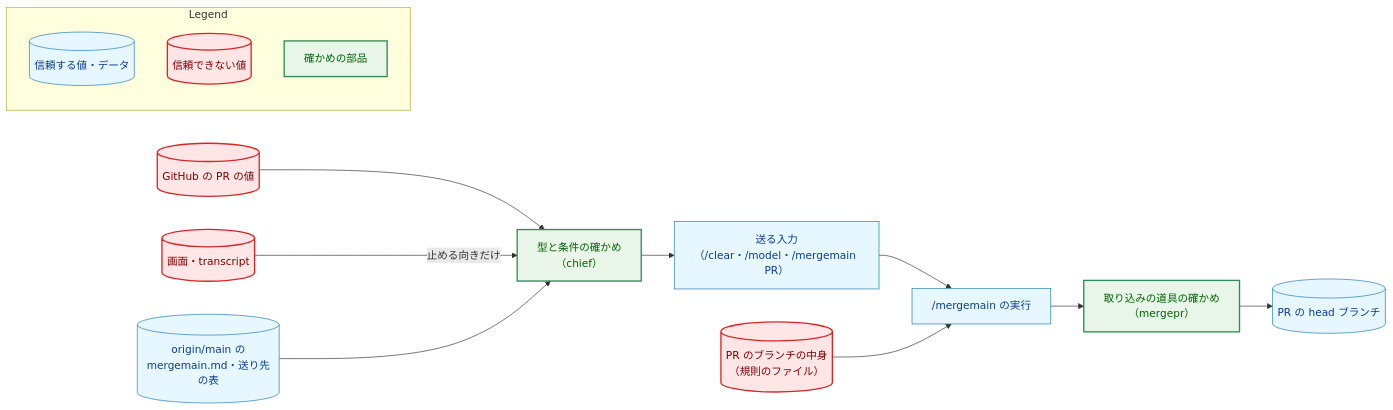
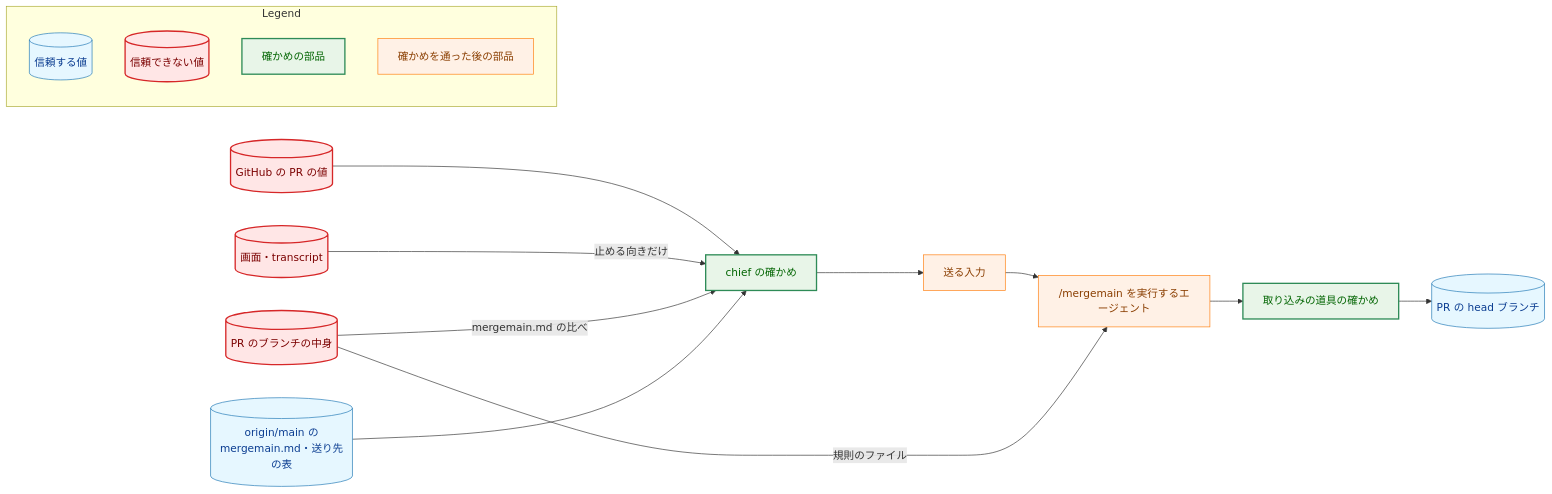
One commit to isseis/yt2column changed the fourth of 6 diagrams in docs/tasks/0115_chief_conflict_resolution/02_architecture.md. Above: the diagram before and after it, drawn with Mermaid. The commit also changed other lines of this file and 3 other files, not shown here.

First line of the commit message:
docs(0115): address the architecture review and prose pass

````diff
--- a/docs/tasks/0115_chief_conflict_resolution/02_architecture.md
+++ b/docs/tasks/0115_chief_conflict_resolution/02_architecture.md
@@ -702,40 +860,43 @@
 ```mermaid
 flowchart LR
     classDef data fill:#e6f7ff,stroke:#1f77b4,stroke-width:1px,color:#0b3d91;
     classDef problem fill:#ffe6e6,stroke:#d62728,stroke-width:2px,color:#7b0000;
     classDef enhanced fill:#e8f5e8,stroke:#2e8b57,stroke-width:2px,color:#006400;
+    classDef process fill:#fff1e6,stroke:#ff7f0e,stroke-width:1px,color:#8a3e00;
 
     GHV[("GitHub の PR の値")]
     SCR[("画面・transcript")]
-    BR[("PR のブランチの中身<br>（規則のファイル）")]
+    BR[("PR のブランチの中身")]
     MAIN[("origin/main の<br>mergemain.md・送り先の表")]
-    CHK["型と条件の確かめ<br>（chief）"]
-    IN["送る入力<br>（/clear・/model・/mergemain PR）"]
-    AG["/mergemain の実行"]
-    TOOL["取り込みの道具の確かめ<br>（mergepr）"]
+    CHK["chief の確かめ"]
+    IN["送る入力"]
+    AG["/mergemain を実行するエージェント"]
+    TOOL["取り込みの道具の確かめ"]
     PUSH[("PR の head ブランチ")]
 
     GHV --> CHK
     SCR -->|"止める向きだけ"| CHK
+    BR -->|"mergemain.md の比べ"| CHK
     MAIN --> CHK
     CHK --> IN
     IN --> AG
-    BR --> AG
+    BR -->|"規則のファイル"| AG
     AG --> TOOL
     TOOL --> PUSH
 
     class GHV,SCR,BR problem
-    class MAIN data
-    class PUSH data
+    class MAIN,PUSH data
     class CHK,TOOL enhanced
-    class IN,AG data
+    class IN,AG process
 
     subgraph Legend["Legend"]
-        L1[("信頼する値・データ")]
+        L1[("信頼する値")]
         L2[("信頼できない値")]
         L3["確かめの部品"]
+        L4["確かめを通った後の部品"]
     end
     class L1 data
     class L2 problem
     class L3 enhanced
+    class L4 process
 ```
````
